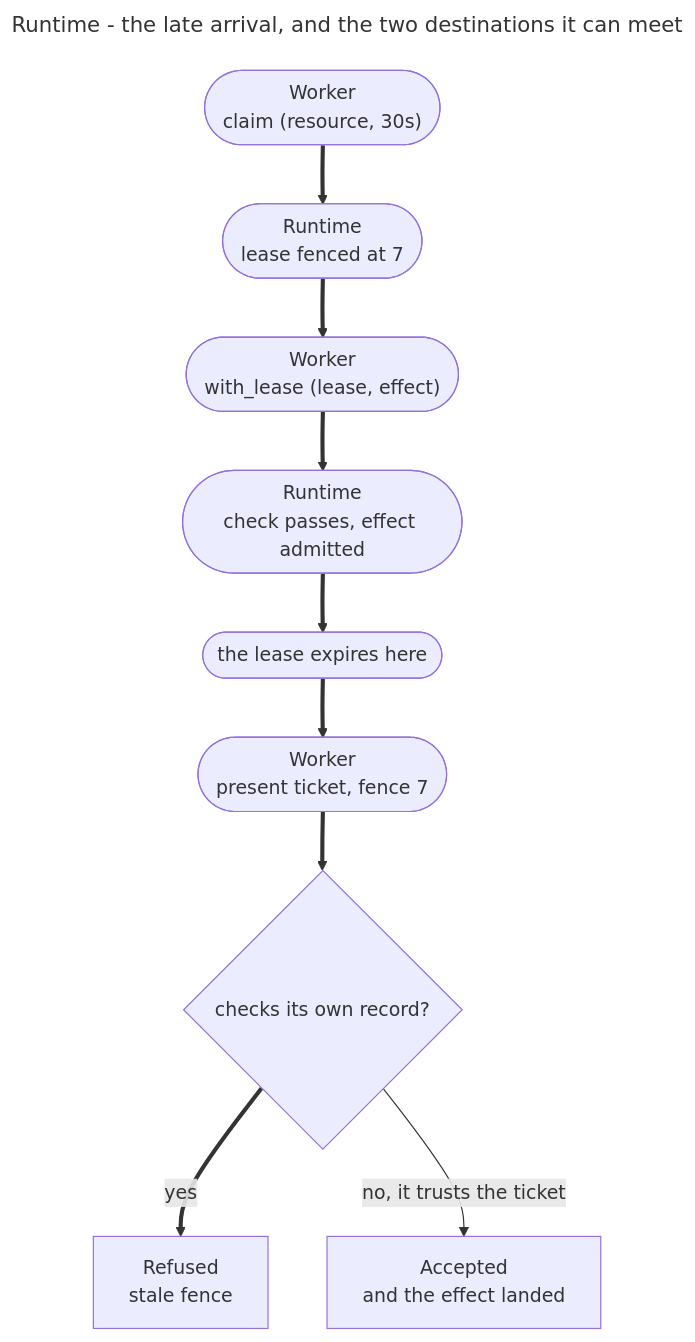
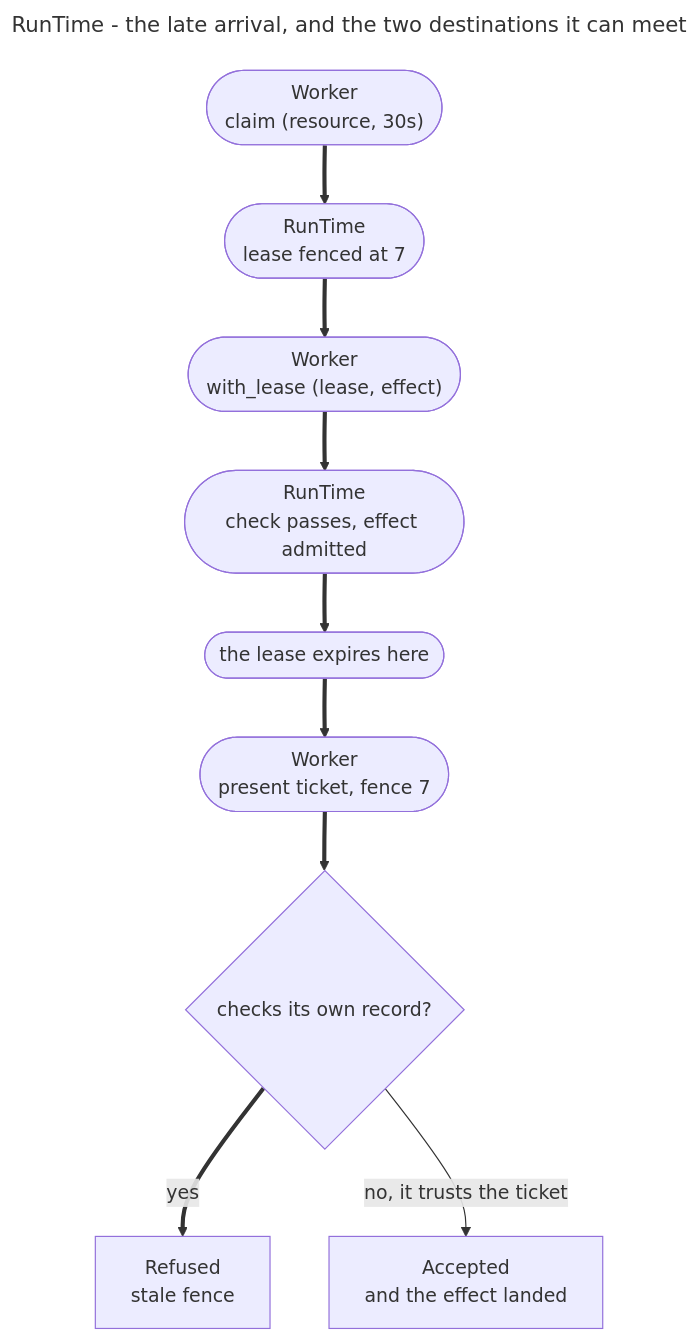
One commit to MergedBeastAgito/Agito changed the diagram in Documentation/Diagram/10-RunTime/Late-Arrival.mmd. Above: the diagram before and after it, drawn with Mermaid. The commit also changed 156 other files, not shown here.

```diff
--- a/Documentation/Diagram/10-RunTime/Late-Arrival.mmd
+++ b/Documentation/Diagram/10-RunTime/Late-Arrival.mmd
@@ -1,23 +1,23 @@
 ---
-title: Runtime - the late arrival, and the two destinations it can meet
+title: RunTime - the late arrival, and the two destinations it can meet
 line9:
   theme: boardroom
 ---
 flowchart TD
   C1(["Worker<br>claim (resource, 30s)"]):::host
-  R1(["Runtime<br>lease fenced at 7"]):::host
+  R1(["RunTime<br>lease fenced at 7"]):::host
   A1(["Worker<br>with_lease (lease, effect)"]):::host
-  R2(["Runtime<br>check passes, effect admitted"]):::host
+  R2(["RunTime<br>check passes, effect admitted"]):::host
   X1(["the lease expires here"]):::host
   P1(["Worker<br>present ticket, fence 7"]):::host
   Q{"checks its own record?"}:::host
   D1["Refused<br>stale fence"]:::fail
   D2["Accepted<br>and the effect landed"]:::host
   C1 ==> R1
   R1 ==> A1
   A1 ==> R2
   R2 ==> X1
   X1 ==> P1
   P1 ==> Q
   Q ==>|"yes"| D1
   Q -->|"no, it trusts the ticket"| D2
```
